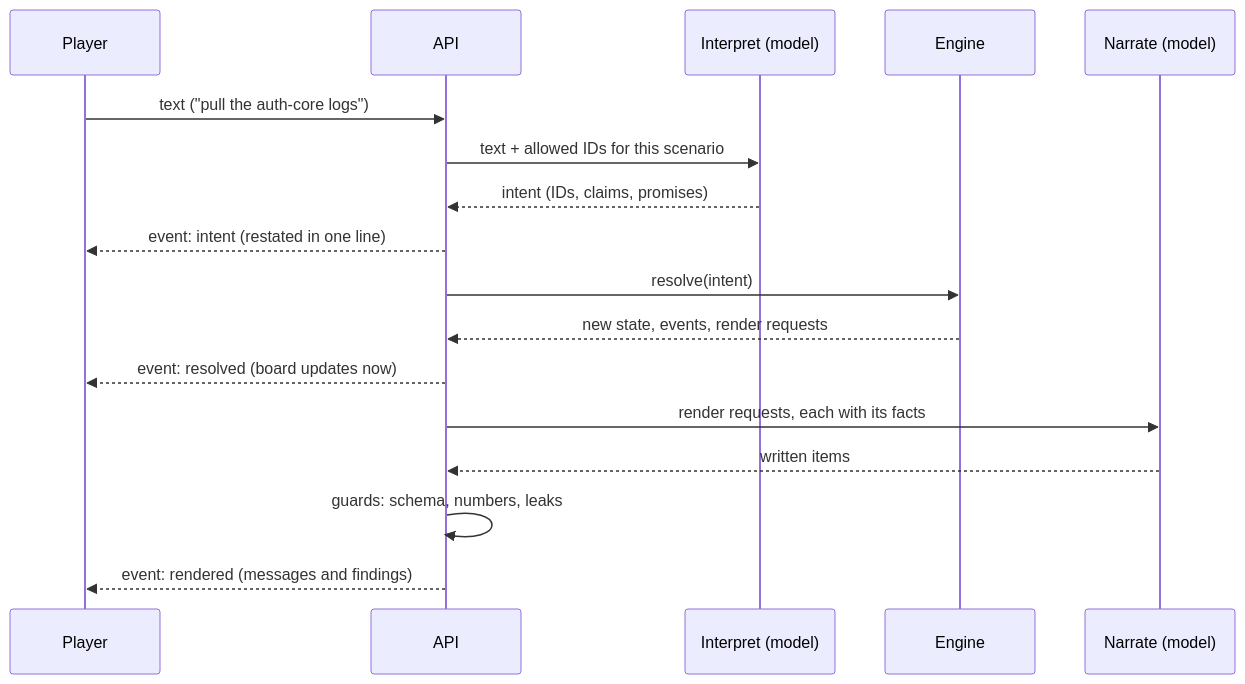
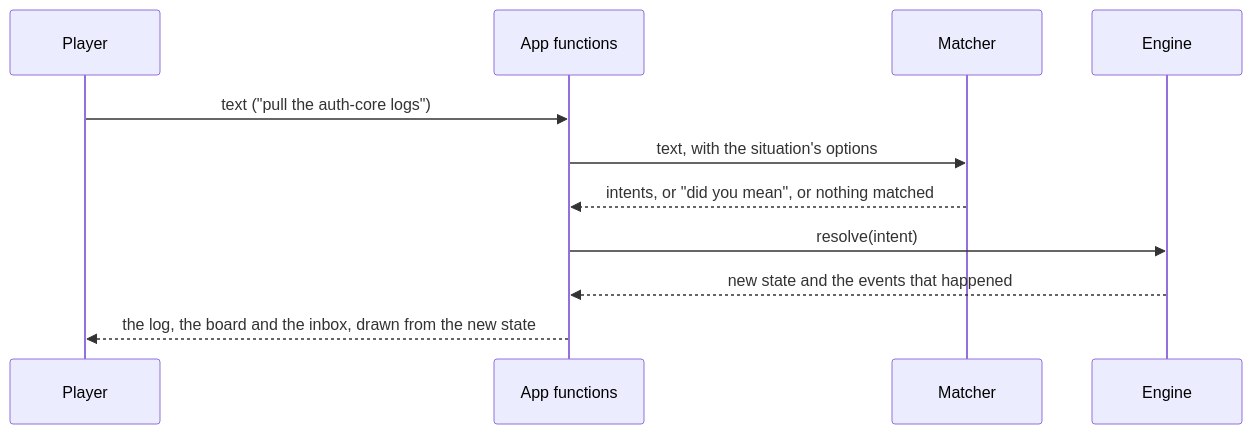
One commit to futuresfsake/BrownOut changed the second of 3 diagrams in docs/03-design/high-level-design.md. Above: the diagram before and after it, drawn with Mermaid. The commit also changed other lines of this file and 61 other files, not shown here.

First line of the commit message:
feat: debrief timeline, saved sessions and replay for milestone M4

````diff
--- a/docs/03-design/high-level-design.md
+++ b/docs/03-design/high-level-design.md
@@ -48,20 +45,14 @@
 ```mermaid
 sequenceDiagram
   participant P as Player
-  participant A as API
-  participant I as Interpret (model)
+  participant A as App functions
+  participant M as Matcher
   participant E as Engine
-  participant N as Narrate (model)
 
   P->>A: text ("pull the auth-core logs")
-  A->>I: text + allowed IDs for this scenario
-  I-->>A: intent (IDs, claims, promises)
-  A-->>P: event: intent (restated in one line)
+  A->>M: text, with the situation's options
+  M-->>A: intents, or "did you mean", or nothing matched
   A->>E: resolve(intent)
-  E-->>A: new state, events, render requests
-  A-->>P: event: resolved (board updates now)
-  A->>N: render requests, each with its facts
-  N-->>A: written items
-  A->>A: guards: schema, numbers, leaks
-  A-->>P: event: rendered (messages and findings)
+  E-->>A: new state and the events that happened
+  A-->>P: the log, the board and the inbox, drawn from the new state
 ```
````
